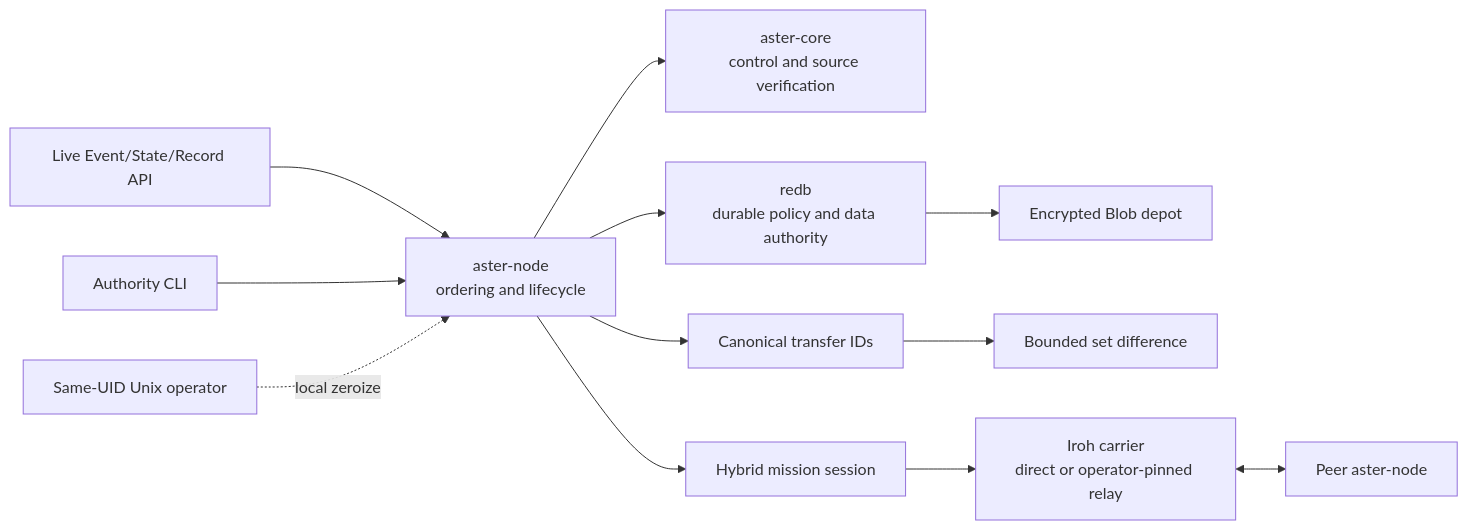
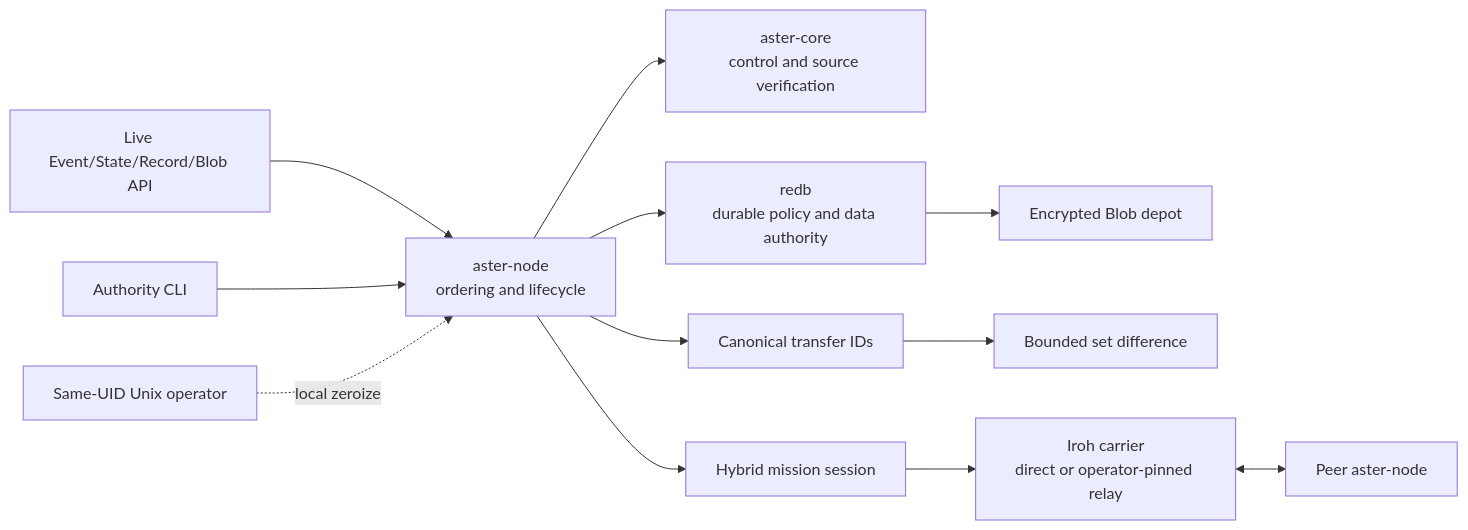
Before and after one commit to asirak-astertech/aster: the second of 8 diagrams in docs/architecture.md, drawn with Mermaid. The commit also changed other lines of this file and 34 other files, not shown here.

First line of the commit message:
Add bounded selected live Blob application pipeline (#46)

````diff
--- a/docs/architecture.md
+++ b/docs/architecture.md
@@ -55,14 +57,14 @@
 ```mermaid
 flowchart LR
-    API["Live Event/State/Record API"] --> Node["aster-node<br/>ordering and lifecycle"]
+    API["Live Event/State/Record/Blob API"] --> Node["aster-node<br/>ordering and lifecycle"]
     Authority["Authority CLI"] --> Node
     Operator["Same-UID Unix operator"] -. "local zeroize" .-> Node
     Node --> Core["aster-core<br/>control and source verification"]
     Node --> Store["redb<br/>durable policy and data authority"]
     Store --> Depot["Encrypted Blob depot"]
     Node --> Profile["Canonical transfer IDs"]
     Profile --> Diff["Bounded set difference"]
     Node --> Session["Hybrid mission session"]
     Session --> Carrier["Iroh carrier<br/>direct or operator-pinned relay"]
     Carrier <--> Peer["Peer aster-node"]
 ```
````
